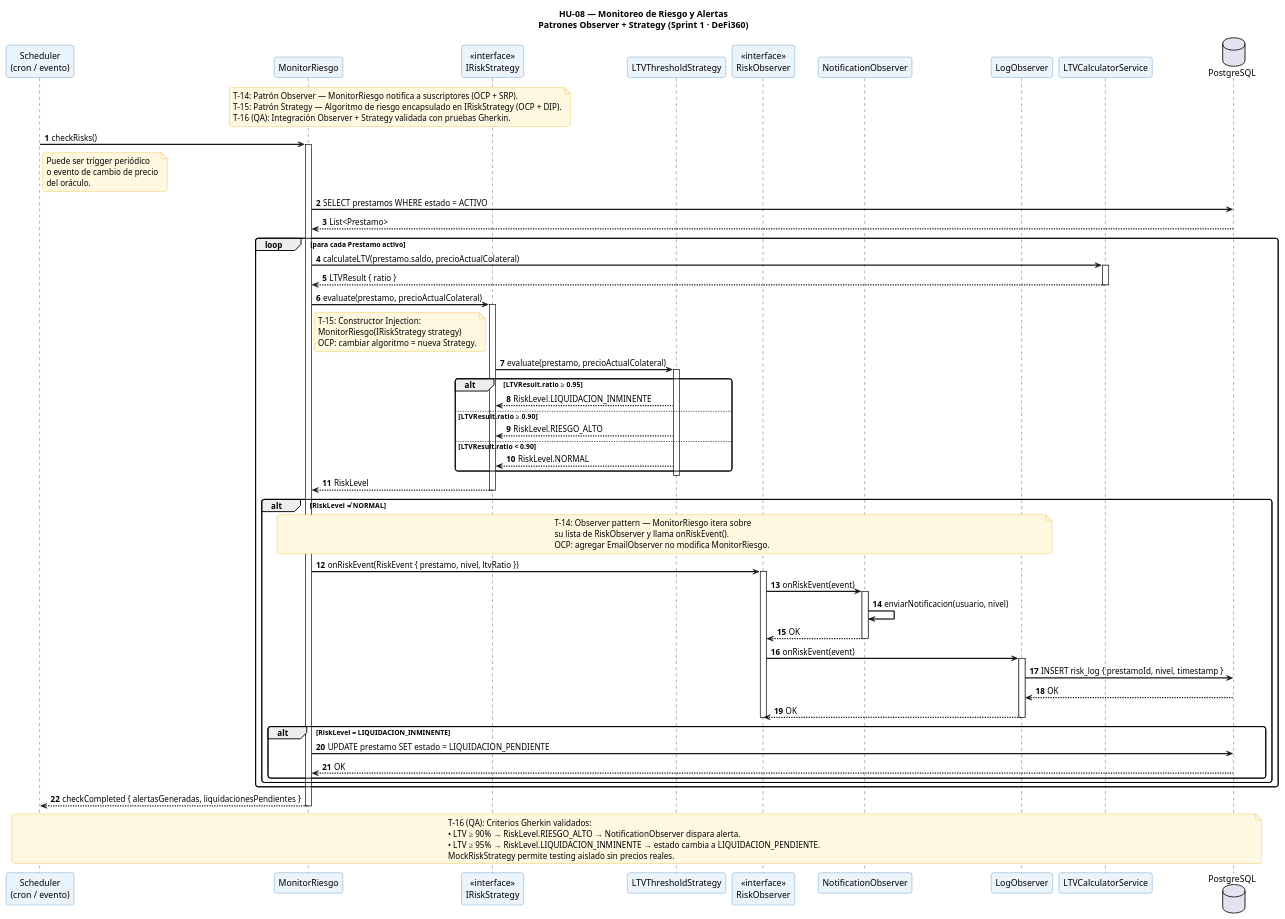
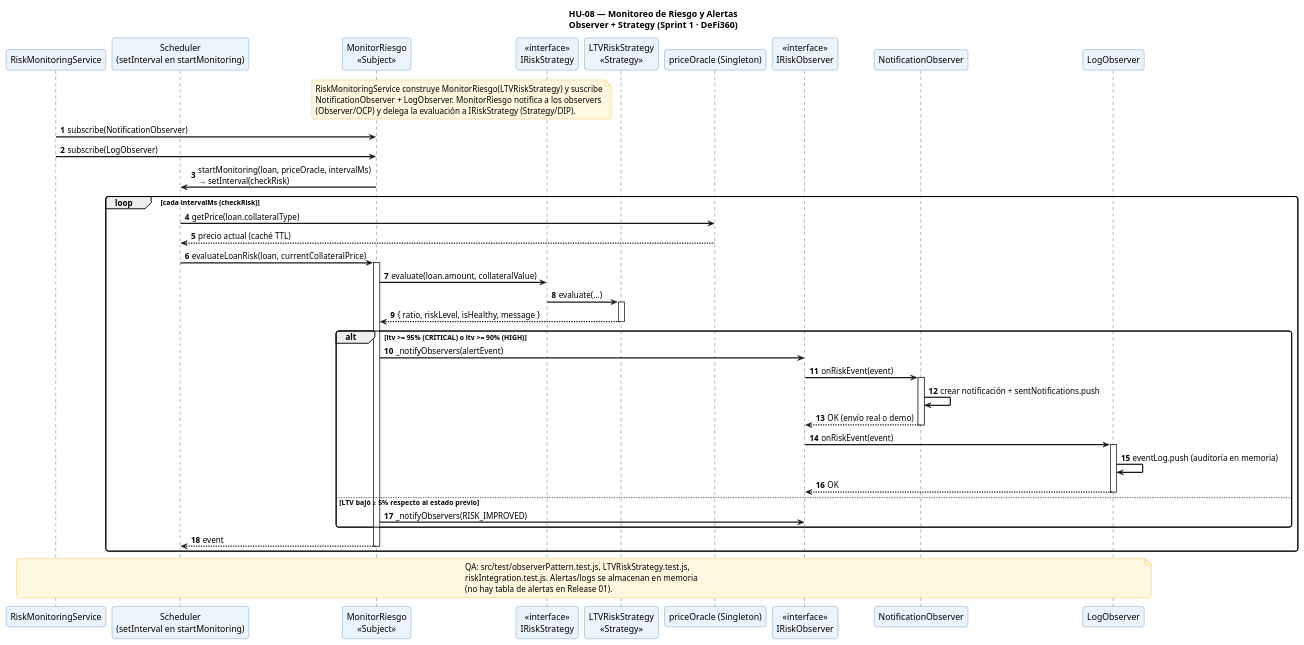
The diagram in Diagramas/HU08_Monitor_Riesgo_Alertas.puml (Brando-01/Software2), drawn with PlantUML before and after one commit. The commit also changed 24 other files, not shown here.

Commit message:
docs(diagramas): diagramas UML Release 01 y Release 02 (general y por HU)

```diff
--- a/Diagramas/HU08_Monitor_Riesgo_Alertas.puml
+++ b/Diagramas/HU08_Monitor_Riesgo_Alertas.puml
@@ -1,114 +1,73 @@
 @startuml HU08_Monitor_Riesgo_Alertas
-title HU-08 — Monitoreo de Riesgo y Alertas\nPatrones Observer + Strategy (Sprint 1 · DeFi360)
+title HU-08 — Monitoreo de Riesgo y Alertas\nObserver + Strategy (Sprint 1 · DeFi360)
 
 skinparam sequenceArrowThickness 2
 skinparam roundcorner 8
 skinparam sequenceParticipantBorderColor #2E75B6
 skinparam sequenceParticipantBackgroundColor #EBF3FB
 skinparam noteBorderColor #F0A500
 skinparam noteBackgroundColor #FFF8E1
 
-participant "Scheduler\n(cron / evento)" as SCHED
-participant "MonitorRiesgo"         as MR
-participant "<<interface>>\nIRiskStrategy"   as IRS
-participant "LTVThresholdStrategy"  as LTS
-participant "<<interface>>\nRiskObserver"    as RO
-participant "NotificationObserver"  as NO
-participant "LogObserver"           as LO
-participant "LTVCalculatorService"  as LTV
-database    "PostgreSQL"            as DB
+participant "RiskMonitoringService"        as RMS
+participant "Scheduler\n(setInterval en startMonitoring)" as SCHED
+participant "MonitorRiesgo\n<<Subject>>"   as MR
+participant "<<interface>>\nIRiskStrategy" as IRS
+participant "LTVRiskStrategy\n<<Strategy>>" as LTS
+participant "priceOracle (Singleton)"      as ORA
+participant "<<interface>>\nIRiskObserver" as IRO
+participant "NotificationObserver"         as NO
+participant "LogObserver"                  as LO
 
 autonumber
 
 note over MR, IRS
-  T-14: Patrón Observer — MonitorRiesgo notifica a suscriptores (OCP + SRP).
-  T-15: Patrón Strategy — Algoritmo de riesgo encapsulado en IRiskStrategy (OCP + DIP).
-  T-16 (QA): Integración Observer + Strategy validada con pruebas Gherkin.
+  RiskMonitoringService construye MonitorRiesgo(LTVRiskStrategy) y suscribe
+  NotificationObserver + LogObserver. MonitorRiesgo notifica a los observers
+  (Observer/OCP) y delega la evaluación a IRiskStrategy (Strategy/DIP).
 end note
 
-SCHED -> MR : checkRisks()
-note right of SCHED
-  Puede ser trigger periódico
-  o evento de cambio de precio
-  del oráculo.
-end note
-activate MR
+RMS -> MR : subscribe(NotificationObserver)
+RMS -> MR : subscribe(LogObserver)
 
-MR -> DB : SELECT prestamos WHERE estado = ACTIVO
-DB --> MR : List<Prestamo>
+MR -> SCHED : startMonitoring(loan, priceOracle, intervalMs)\n→ setInterval(checkRisk)
 
-loop para cada Prestamo activo
+loop cada intervalMs (checkRisk)
+    SCHED -> ORA : getPrice(loan.collateralType)
+    ORA --> SCHED : precio actual (caché TTL)
 
-    MR -> LTV : calculateLTV(prestamo.saldo, precioActualColateral)
-    activate LTV
-    LTV --> MR : LTVResult { ratio }
-    deactivate LTV
+    SCHED -> MR : evaluateLoanRisk(loan, currentCollateralPrice)
+    activate MR
 
-    MR -> IRS : evaluate(prestamo, precioActualColateral)
-    note right of MR
-      T-15: Constructor Injection:
-      MonitorRiesgo(IRiskStrategy strategy)
-      OCP: cambiar algoritmo = nueva Strategy.
-    end note
-    activate IRS
-    IRS -> LTS : evaluate(prestamo, precioActualColateral)
+    MR -> IRS : evaluate(loan.amount, collateralValue)
+    IRS -> LTS : evaluate(...)
     activate LTS
+    LTS --> MR : { ratio, riskLevel, isHealthy, message }
+    deactivate LTS
 
-    alt LTVResult.ratio ≥ 0.95
-        LTS --> IRS : RiskLevel.LIQUIDACION_INMINENTE
-    else LTVResult.ratio ≥ 0.90
-        LTS --> IRS : RiskLevel.RIESGO_ALTO
-    else LTVResult.ratio < 0.90
-        LTS --> IRS : RiskLevel.NORMAL
+    alt ltv >= 95% (CRITICAL) o ltv >= 90% (HIGH)
+        MR -> IRO : _notifyObservers(alertEvent)
+        IRO -> NO : onRiskEvent(event)
+        activate NO
+        NO -> NO : crear notificación + sentNotifications.push
+        NO --> IRO : OK (envío real o demo)
+        deactivate NO
+        IRO -> LO : onRiskEvent(event)
+        activate LO
+        LO -> LO : eventLog.push (auditoría en memoria)
+        LO --> IRO : OK
+        deactivate LO
+    else LTV bajó ≥ 5% respecto al estado previo
+        MR -> IRO : _notifyObservers(RISK_IMPROVED)
     end
 
-    deactivate LTS
-    IRS --> MR : RiskLevel
-    deactivate IRS
-
-    alt RiskLevel ≠ NORMAL
-
-        note over MR, LO
-          T-14: Observer pattern — MonitorRiesgo itera sobre
-          su lista de RiskObserver y llama onRiskEvent().
-          OCP: agregar EmailObserver no modifica MonitorRiesgo.
-        end note
-
-        MR -> RO : onRiskEvent(RiskEvent { prestamo, nivel, ltvRatio })
-        activate RO
-
-        RO -> NO : onRiskEvent(event)
-        activate NO
-        NO -> NO : enviarNotificacion(usuario, nivel)
-        NO --> RO : OK
-        deactivate NO
-
-        RO -> LO : onRiskEvent(event)
-        activate LO
-        LO -> DB : INSERT risk_log { prestamoId, nivel, timestamp }
-        DB --> LO : OK
-        LO --> RO : OK
-        deactivate LO
-
-        deactivate RO
-
-        alt RiskLevel = LIQUIDACION_INMINENTE
-            MR -> DB : UPDATE prestamo SET estado = LIQUIDACION_PENDIENTE
-            DB --> MR : OK
-        end
-
-    end
-
+    MR --> SCHED : event
+    deactivate MR
 end
 
-MR --> SCHED : checkCompleted { alertasGeneradas, liquidacionesPendientes }
-deactivate MR
-
-note over SCHED, DB
-  T-16 (QA): Criterios Gherkin validados:
-  • LTV ≥ 90% → RiskLevel.RIESGO_ALTO → NotificationObserver dispara alerta.
-  • LTV ≥ 95% → RiskLevel.LIQUIDACION_INMINENTE → estado cambia a LIQUIDACION_PENDIENTE.
-  MockRiskStrategy permite testing aislado sin precios reales.
+note over RMS, LO
+  QA: src/test/observerPattern.test.js, LTVRiskStrategy.test.js,
+  riskIntegration.test.js. Alertas/logs se almacenan en memoria
+  (no hay tabla de alertas en Release 01).
 end note
 
 @enduml
```
